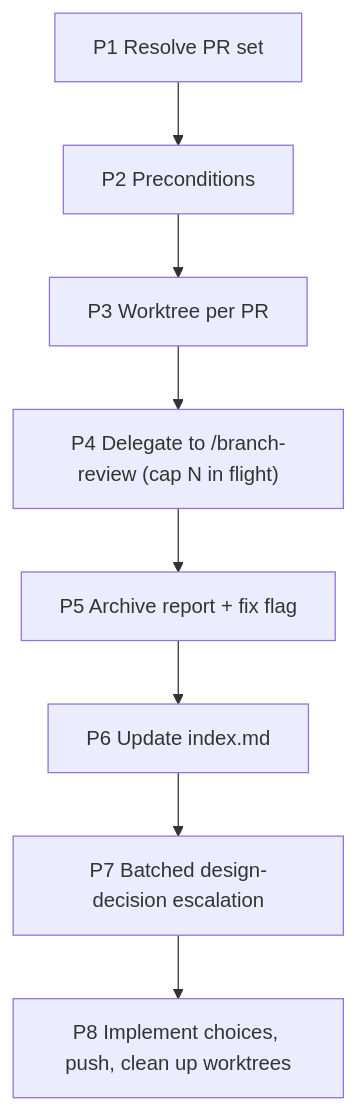
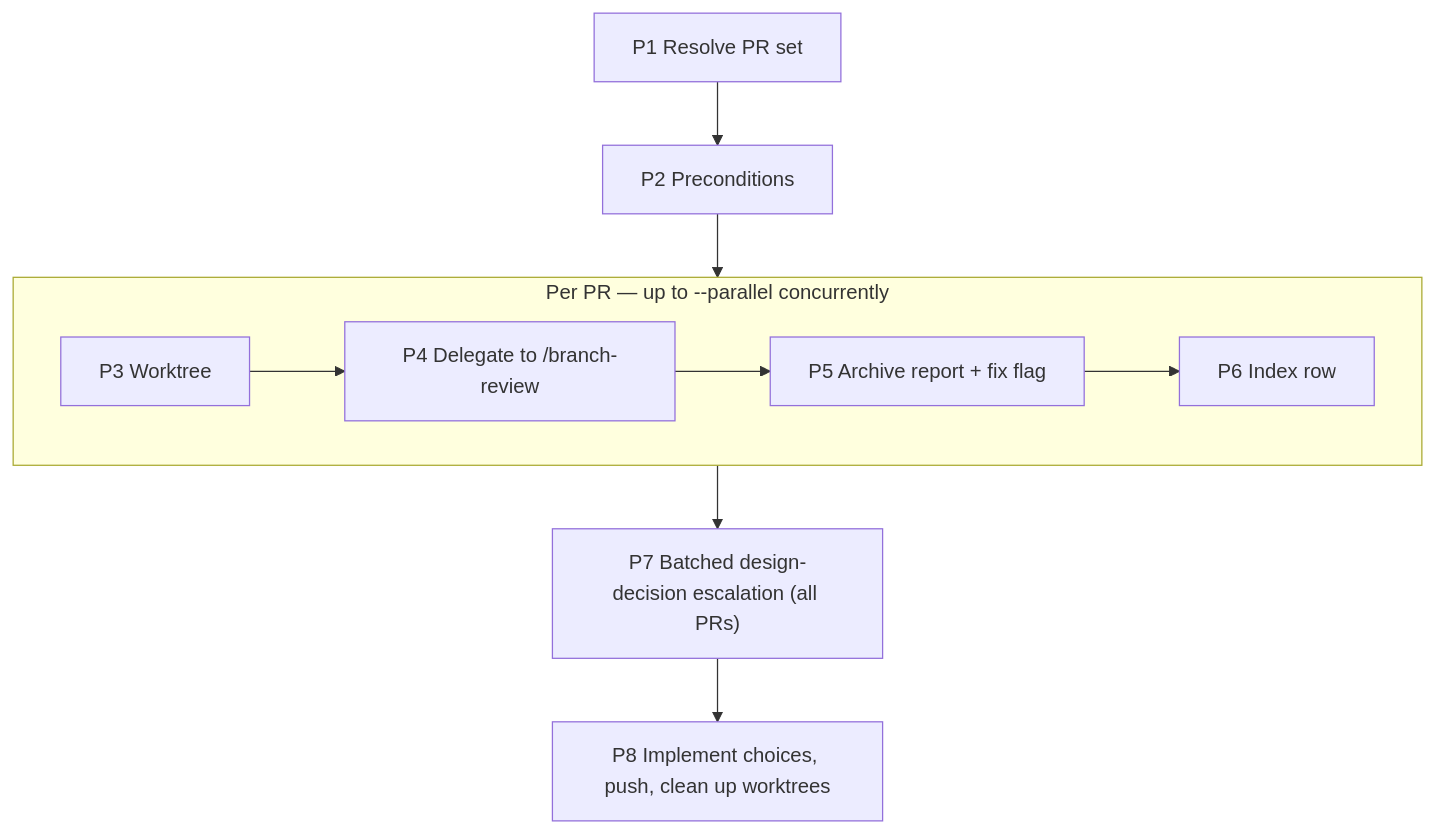
The diagram in skills/review-and-fix/SKILL.md (lx-wnk/skills), drawn with Mermaid before and after one commit. The commit also changed other lines of this file and 1 other file, not shown here.

First line of the commit message:
fix(review-and-fix): repair the write path and placeholder gaps

````diff
--- a/skills/review-and-fix/SKILL.md
+++ b/skills/review-and-fix/SKILL.md
@@ -51,10 +51,12 @@
 ```mermaid
 flowchart TD
   A["P1 Resolve PR set"] --> B["P2 Preconditions"]
-  B --> C["P3 Worktree per PR"]
-  C --> D["P4 Delegate to /branch-review (cap N in flight)"]
-  D --> E["P5 Archive report + fix flag"]
-  E --> F["P6 Update index.md"]
-  F --> G["P7 Batched design-decision escalation"]
+  B --> PER
+  subgraph PER["Per PR — up to --parallel concurrently"]
+    C["P3 Worktree"] --> D["P4 Delegate to /branch-review"]
+    D --> E["P5 Archive report + fix flag"]
+    E --> F["P6 Index row"]
+  end
+  PER --> G["P7 Batched design-decision escalation (all PRs)"]
   G --> H["P8 Implement choices, push, clean up worktrees"]
 ```
````
